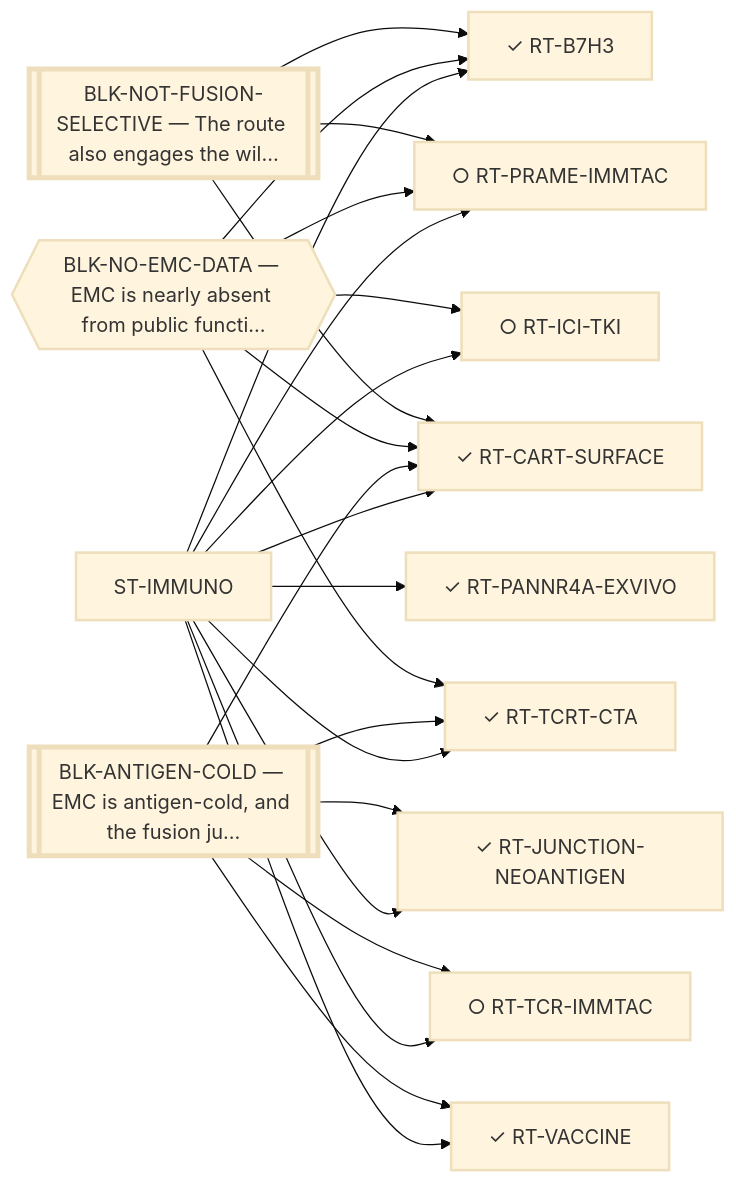
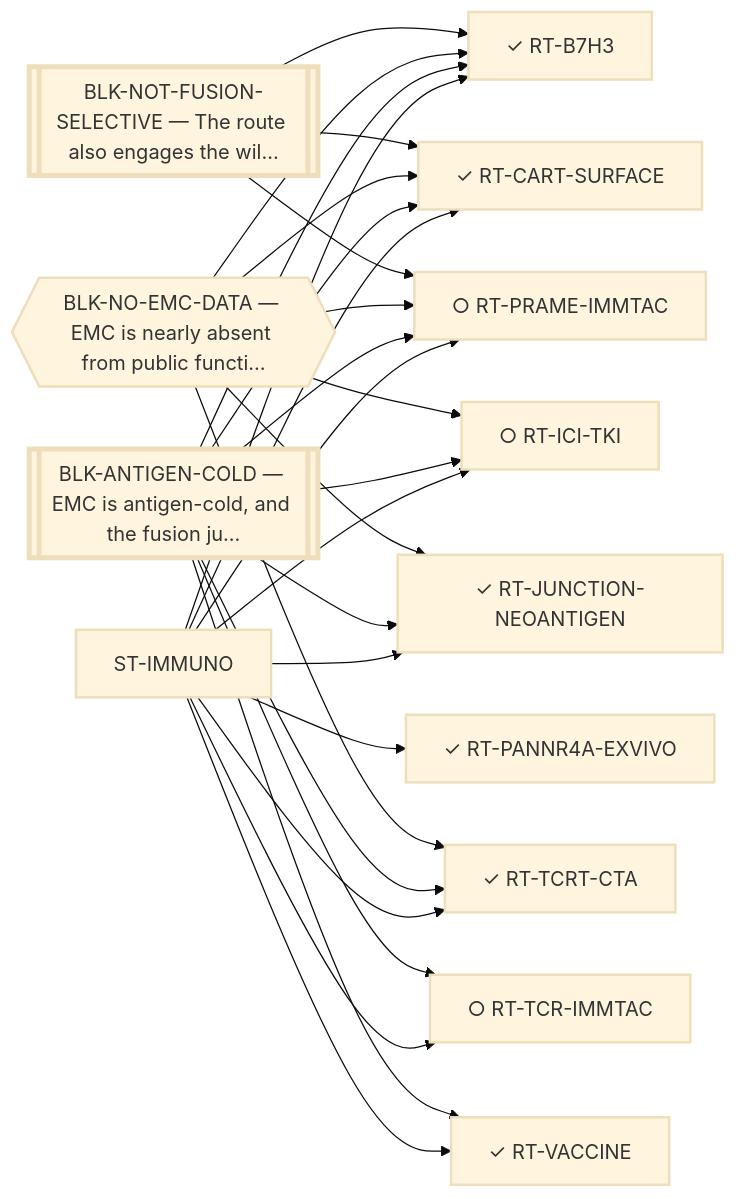
Before and after one commit to trimcrae/Rare-cancers: the diagram in systems/views/L1-st-immuno.md, drawn with Mermaid (base theme). The commit also changed other lines of this file and 27 other files, not shown here.

````diff
--- a/systems/views/L1-st-immuno.md
+++ b/systems/views/L1-st-immuno.md
@@ -35,43 +35,47 @@
 ```mermaid
 flowchart LR
   ST_IMMUNO["ST-IMMUNO"]:::fam
   RT_B7H3["✓ RT-B7H3"]:::fam
   ST_IMMUNO --> RT_B7H3
   RT_CART_SURFACE["✓ RT-CART-SURFACE"]:::fam
   ST_IMMUNO --> RT_CART_SURFACE
   RT_ICI_TKI["○ RT-ICI-TKI"]:::fam
   ST_IMMUNO --> RT_ICI_TKI
   RT_JUNCTION_NEOANTIGEN["✓ RT-JUNCTION-NEOANTIGEN"]:::fam
   ST_IMMUNO --> RT_JUNCTION_NEOANTIGEN
   RT_PANNR4A_EXVIVO["✓ RT-PANNR4A-EXVIVO"]:::fam
   ST_IMMUNO --> RT_PANNR4A_EXVIVO
   RT_PRAME_IMMTAC["○ RT-PRAME-IMMTAC"]:::fam
   ST_IMMUNO --> RT_PRAME_IMMTAC
   RT_TCR_IMMTAC["○ RT-TCR-IMMTAC"]:::fam
   ST_IMMUNO --> RT_TCR_IMMTAC
   RT_TCRT_CTA["✓ RT-TCRT-CTA"]:::fam
   ST_IMMUNO --> RT_TCRT_CTA
   RT_VACCINE["✓ RT-VACCINE"]:::fam
   ST_IMMUNO --> RT_VACCINE
 
   BLK_ANTIGEN_COLD[["BLK-ANTIGEN-COLD — EMC is antigen-cold, and the fusion ju…"]]:::perm
+  BLK_ANTIGEN_COLD --> RT_B7H3
   BLK_ANTIGEN_COLD --> RT_CART_SURFACE
+  BLK_ANTIGEN_COLD --> RT_ICI_TKI
   BLK_ANTIGEN_COLD --> RT_JUNCTION_NEOANTIGEN
+  BLK_ANTIGEN_COLD --> RT_PRAME_IMMTAC
   BLK_ANTIGEN_COLD --> RT_TCR_IMMTAC
   BLK_ANTIGEN_COLD --> RT_TCRT_CTA
   BLK_ANTIGEN_COLD --> RT_VACCINE
   BLK_NO_EMC_DATA{{"BLK-NO-EMC-DATA — EMC is nearly absent from public functi…"}}:::blk
   BLK_NO_EMC_DATA --> RT_B7H3
   BLK_NO_EMC_DATA --> RT_CART_SURFACE
   BLK_NO_EMC_DATA --> RT_ICI_TKI
+  BLK_NO_EMC_DATA --> RT_JUNCTION_NEOANTIGEN
   BLK_NO_EMC_DATA --> RT_PRAME_IMMTAC
   BLK_NO_EMC_DATA --> RT_TCRT_CTA
   BLK_NOT_FUSION_SELECTIVE[["BLK-NOT-FUSION-SELECTIVE — The route also engages the wil…"]]:::perm
   BLK_NOT_FUSION_SELECTIVE --> RT_B7H3
   BLK_NOT_FUSION_SELECTIVE --> RT_CART_SURFACE
   BLK_NOT_FUSION_SELECTIVE --> RT_PRAME_IMMTAC
   classDef fam stroke-width:2px;
   classDef blk stroke-width:2px;
   classDef perm stroke-width:4px;
   classDef tech stroke-width:1px,stroke-dasharray:4 3;
 ```
````
